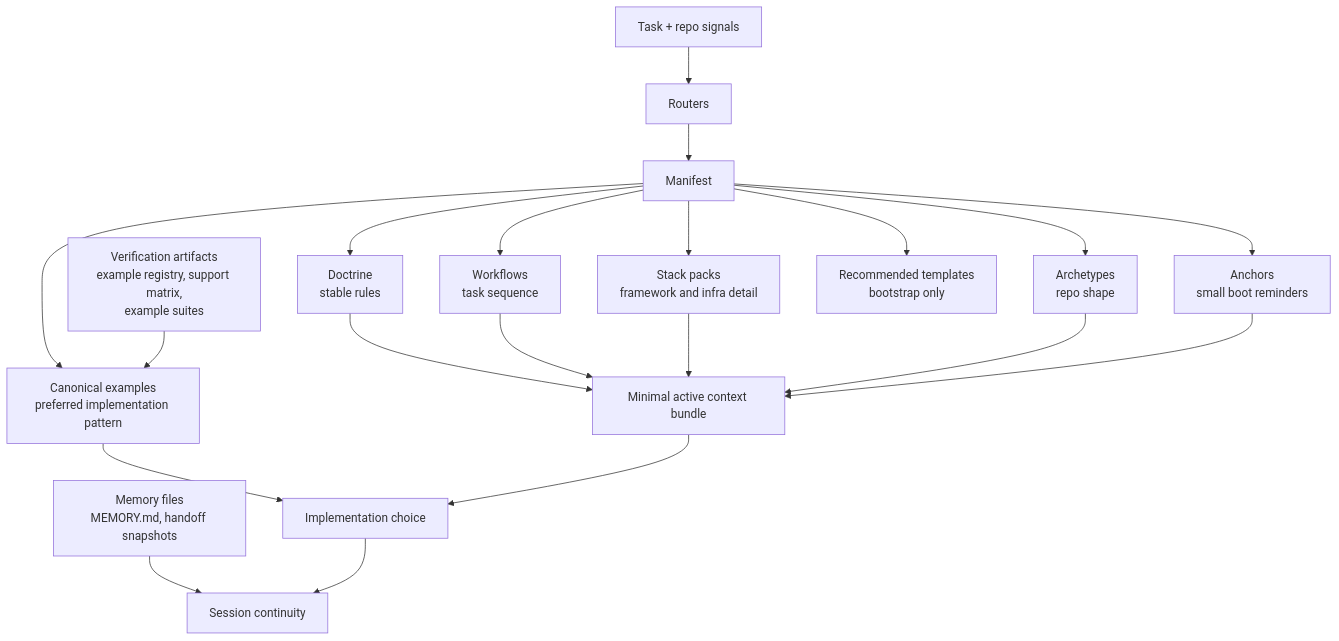
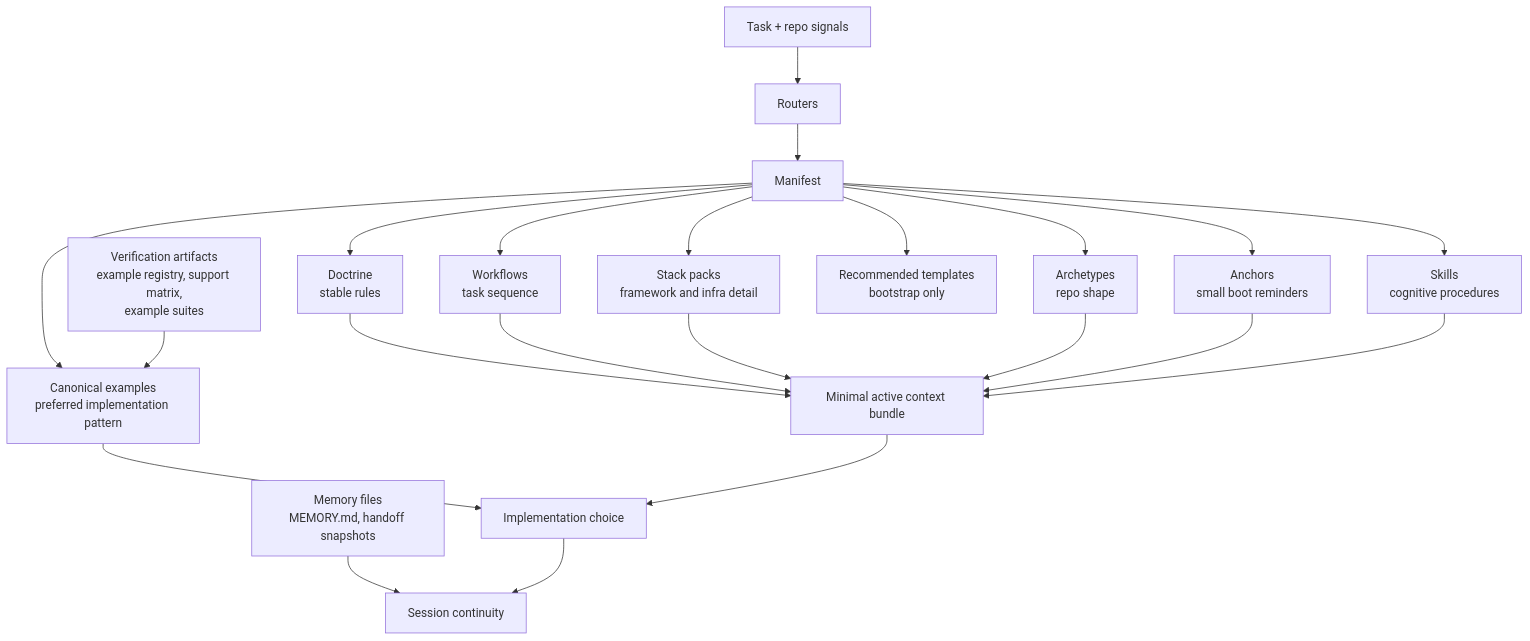
One commit to someflydev/agent-context-base changed the fourth of 6 diagrams in docs/ARCHITECTURE_MAP.md. Above: the diagram before and after it, drawn with Mermaid. The commit also changed other lines of this file and 3 other files, not shown here.

````diff
--- a/docs/ARCHITECTURE_MAP.md
+++ b/docs/ARCHITECTURE_MAP.md
@@ -84,25 +84,27 @@
 ```mermaid
 flowchart TB
     A[Task + repo signals] --> B[Routers]
     B --> C[Manifest]
 
     C --> D[Doctrine<br/>stable rules]
     C --> E[Workflows<br/>task sequence]
     C --> F[Stack packs<br/>framework and infra detail]
     C --> G[Archetypes<br/>repo shape]
     C --> H[Anchors<br/>small boot reminders]
     C --> I[Canonical examples<br/>preferred implementation pattern]
     C --> J[Recommended templates<br/>bootstrap only]
+    C --> S[Skills<br/>cognitive procedures]
 
     D --> K[Minimal active context bundle]
     E --> K
     F --> K
     G --> K
     H --> K
+    S --> K
     I --> L[Implementation choice]
     K --> L
 
     M[Verification artifacts<br/>example registry, support matrix,<br/>example suites] --> I
     N[Memory files<br/>MEMORY.md, handoff snapshots] --> O[Session continuity]
     L --> O
 ```
````
